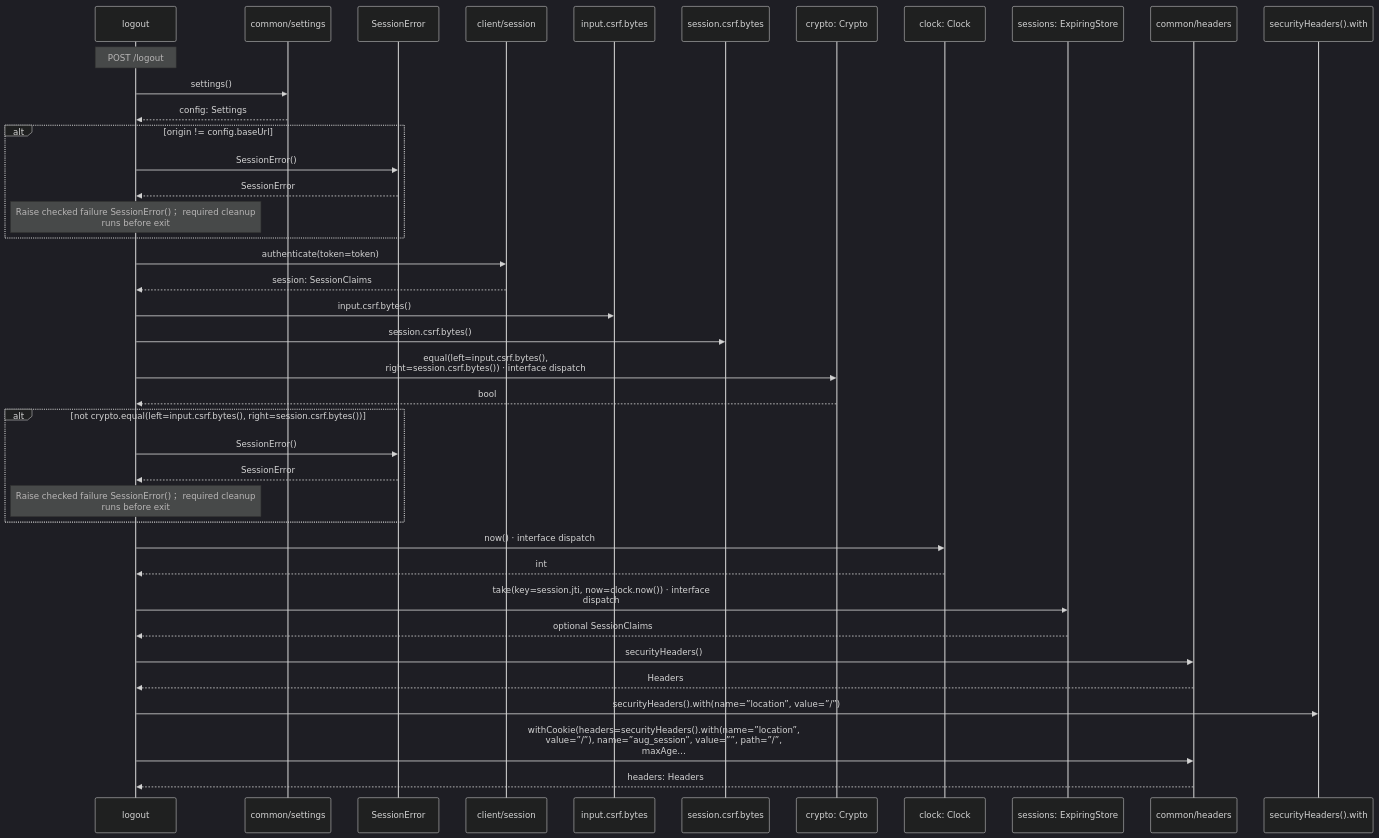
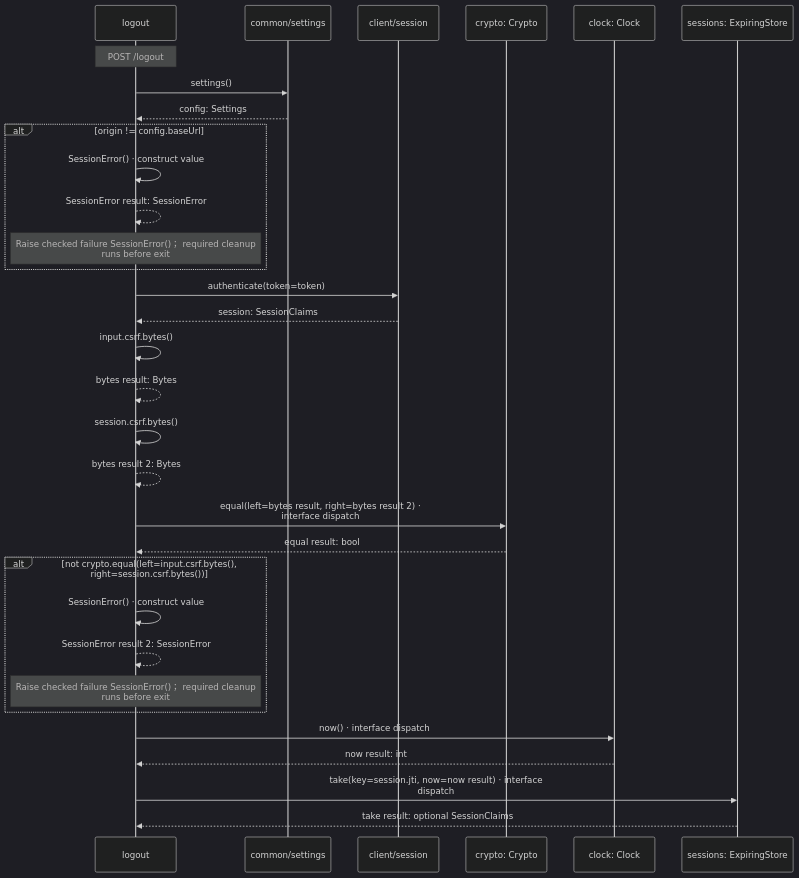
The third of 4 diagrams in docs/examples/oidc-login/client/logout-diagrams.md (GreenPandaStudios/augscript), drawn with Mermaid (dark theme) before and after one commit. The commit also changed other lines of this file and 304 other files, not shown here.

Commit message:
Make generated data-flow sequences concise and review every diagram

````diff
--- a/docs/examples/oidc-login/client/logout-diagrams.md
+++ b/docs/examples/oidc-login/client/logout-diagrams.md
@@ -80,42 +64,34 @@
 ```mermaid
 sequenceDiagram
     participant p0 as logout
     participant p1 as common/settings
-    participant p2 as SessionError
-    participant p3 as client/session
-    participant p4 as input.csrf.bytes
-    participant p5 as session.csrf.bytes
-    participant p6 as crypto: Crypto
-    participant p7 as clock: Clock
-    participant p8 as sessions: ExpiringStore
-    participant p9 as common/headers
-    participant p10 as securityHeaders().with
+    participant p2 as client/session
+    participant p3 as crypto: Crypto
+    participant p4 as clock: Clock
+    participant p5 as sessions: ExpiringStore
     Note over p0: POST /logout
     p0->>p1: settings()
     p1-->>p0: config: Settings
     alt origin != config.baseUrl
-    p0->>p2: SessionError()
-    p2-->>p0: SessionError
+    p0->>p0: SessionError() · construct value
+    p0-->>p0: SessionError result: SessionError
     Note over p0: Raise checked failure SessionError()； required cleanup<br/>runs before exit
     end
-    p0->>p3: authenticate(token=token)
-    p3-->>p0: session: SessionClaims
-    p0->>p4: input.csrf.bytes()
-    p0->>p5: session.csrf.bytes()
-    p0->>p6: equal(left=input.csrf.bytes(),<br/>right=session.csrf.bytes()) · interface dispatch
-    p6-->>p0: bool
+    p0->>p2: authenticate(token=token)
+    p2-->>p0: session: SessionClaims
+    p0->>p0: input.csrf.bytes()
+    p0-->>p0: bytes result: Bytes
+    p0->>p0: session.csrf.bytes()
+    p0-->>p0: bytes result 2: Bytes
+    p0->>p3: equal(left=bytes result, right=bytes result 2) ·<br/>interface dispatch
+    p3-->>p0: equal result: bool
     alt not crypto.equal(left=input.csrf.bytes(), right=session.csrf.bytes())
-    p0->>p2: SessionError()
-    p2-->>p0: SessionError
+    p0->>p0: SessionError() · construct value
+    p0-->>p0: SessionError result 2: SessionError
     Note over p0: Raise checked failure SessionError()； required cleanup<br/>runs before exit
     end
-    p0->>p7: now() · interface dispatch
-    p7-->>p0: int
-    p0->>p8: take(key=session.jti, now=clock.now()) · interface<br/>dispatch
-    p8-->>p0: optional SessionClaims
-    p0->>p9: securityHeaders()
-    p9-->>p0: Headers
-    p0->>p10: securityHeaders().with(name=”location”, value=”/”)
-    p0->>p9: withCookie(headers=securityHeaders().with(name=”location”,<br/>value=”/”), name=”aug_session”, value=””, path=”/”,<br/>maxAge…
-    p9-->>p0: headers: Headers
+    p0->>p4: now() · interface dispatch
+    p4-->>p0: now result: int
+    p0->>p5: take(key=session.jti, now=now result) · interface<br/>dispatch
+    p5-->>p0: take result: optional SessionClaims
 ```
````
